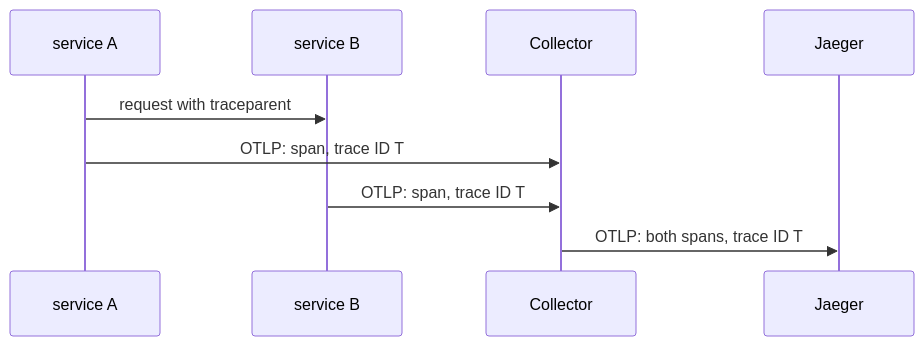
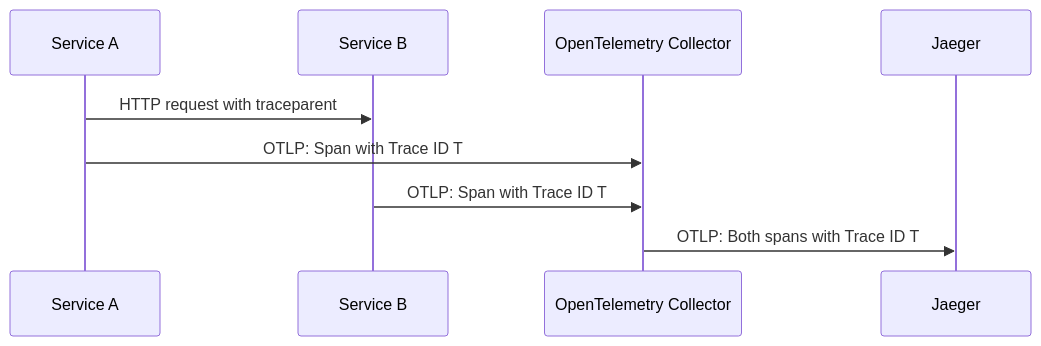
Before and after one commit to astrona-io/ATS020: the diagram in sections/section-030/module-10/course-030-reading-a-trace-in-jaeger.md, drawn with Mermaid. The commit also changed other lines of this file and 74 other files, not shown here.

````diff
--- a/sections/section-030/module-10/course-030-reading-a-trace-in-jaeger.md
+++ b/sections/section-030/module-10/course-030-reading-a-trace-in-jaeger.md
@@ -11,11 +91,12 @@
 ```mermaid
 sequenceDiagram
-  participant A as service A
-  participant B as service B
-  participant C as Collector
-  participant J as Jaeger
-  A->>B: request with traceparent
-  A->>C: OTLP: span, trace ID T
-  B->>C: OTLP: span, trace ID T
-  C->>J: OTLP: both spans, trace ID T
+    participant A as Service A
+    participant B as Service B
+    participant C as OpenTelemetry Collector
+    participant J as Jaeger
+
+    A->>B: HTTP request with traceparent
+    A->>C: OTLP: Span with Trace ID T
+    B->>C: OTLP: Span with Trace ID T
+    C->>J: OTLP: Both spans with Trace ID T
 ```
````
